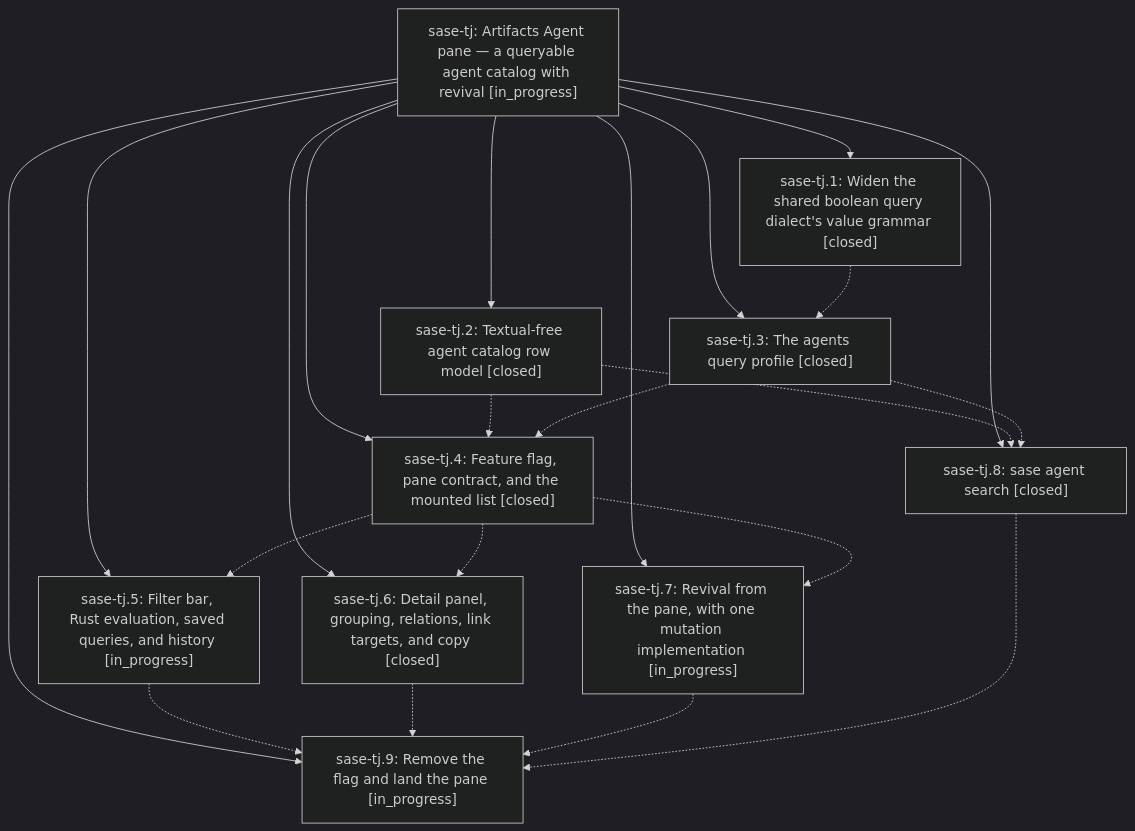
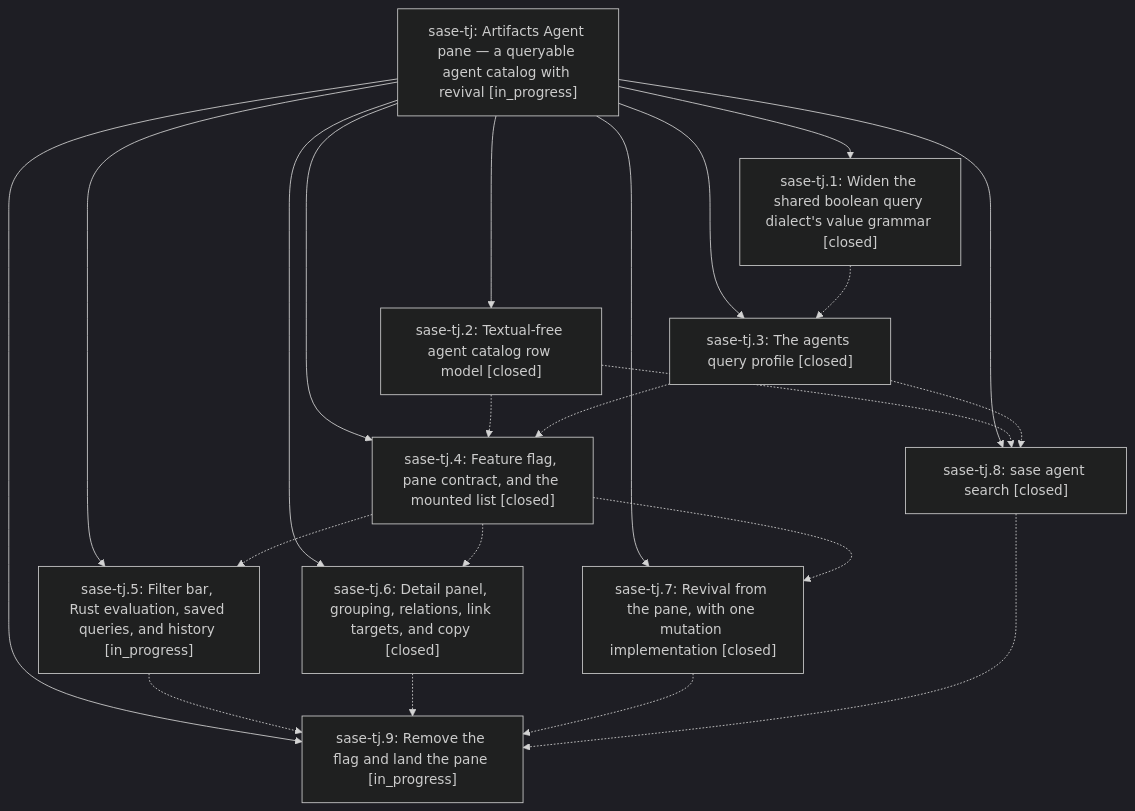
The diagram in pages/sase-tj/README.md (sase-org/sase--beads), drawn with Mermaid (dark theme) before and after one commit. The commit also changed other lines of this file and 3 other files, not shown here.

````diff
--- a/pages/sase-tj/README.md
+++ b/pages/sase-tj/README.md
@@ -40,34 +40,34 @@
 ```mermaid
 flowchart TD
     n0["sase-tj: Artifacts Agent pane — a queryable agent catalog with revival [in_progress]"]
     n1["sase-tj.1: Widen the shared boolean query dialect's value grammar [closed]"]
     n2["sase-tj.2: Textual-free agent catalog row model [closed]"]
     n3["sase-tj.3: The agents query profile [closed]"]
     n4["sase-tj.4: Feature flag, pane contract, and the mounted list [closed]"]
     n5["sase-tj.5: Filter bar, Rust evaluation, saved queries, and history [in_progress]"]
     n6["sase-tj.6: Detail panel, grouping, relations, link targets, and copy [closed]"]
-    n7["sase-tj.7: Revival from the pane, with one mutation implementation [in_progress]"]
+    n7["sase-tj.7: Revival from the pane, with one mutation implementation [closed]"]
     n8["sase-tj.8: sase agent search [closed]"]
     n9["sase-tj.9: Remove the flag and land the pane [in_progress]"]
     n0 --> n1
     n0 --> n2
     n0 --> n3
     n0 --> n4
     n0 --> n5
     n0 --> n6
     n0 --> n7
     n0 --> n8
     n0 --> n9
     n1 -.-> n3
     n2 -.-> n4
     n2 -.-> n8
     n3 -.-> n4
     n3 -.-> n8
     n4 -.-> n5
     n4 -.-> n6
     n4 -.-> n7
     n5 -.-> n9
     n6 -.-> n9
     n7 -.-> n9
     n8 -.-> n9
 ```
````
